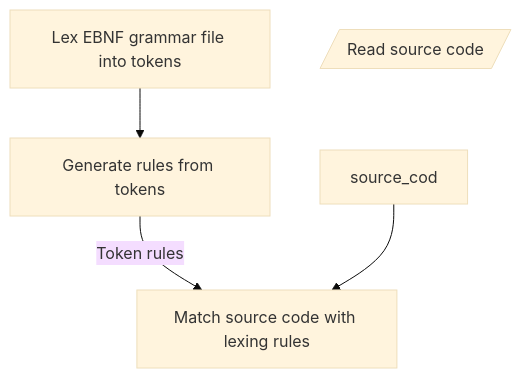
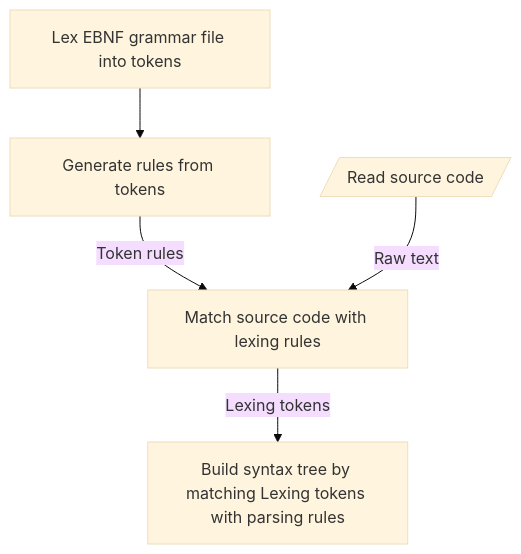
Before and after one commit to abelvandenbussche/compiler: the second of 2 diagrams in docs/working.md, drawn with Mermaid (base theme). The commit also changed 1 other file, not shown here.

Commit message:
Update diagrams
Add the new parsing module and its components to the diagrams

````diff
--- a/docs/working.md
+++ b/docs/working.md
@@ -31,13 +31,16 @@
 ```mermaid 
 flowchart TD
 
 lexing[Lex EBNF grammar file into tokens]
 rule_gen[Generate rules from tokens]
 
 source_code[/Read source code/]
 rule_matching[Match source code with lexing rules]
 
+build_tree[Build syntax tree by matching Lexing tokens with parsing rules]
+
 lexing --> rule_gen
 rule_gen --> |Token rules| rule_matching
-source_cod --> rule_matching
+source_code --> |Raw text| rule_matching
+rule_matching --> |Lexing tokens| build_tree
 ``` 
````
